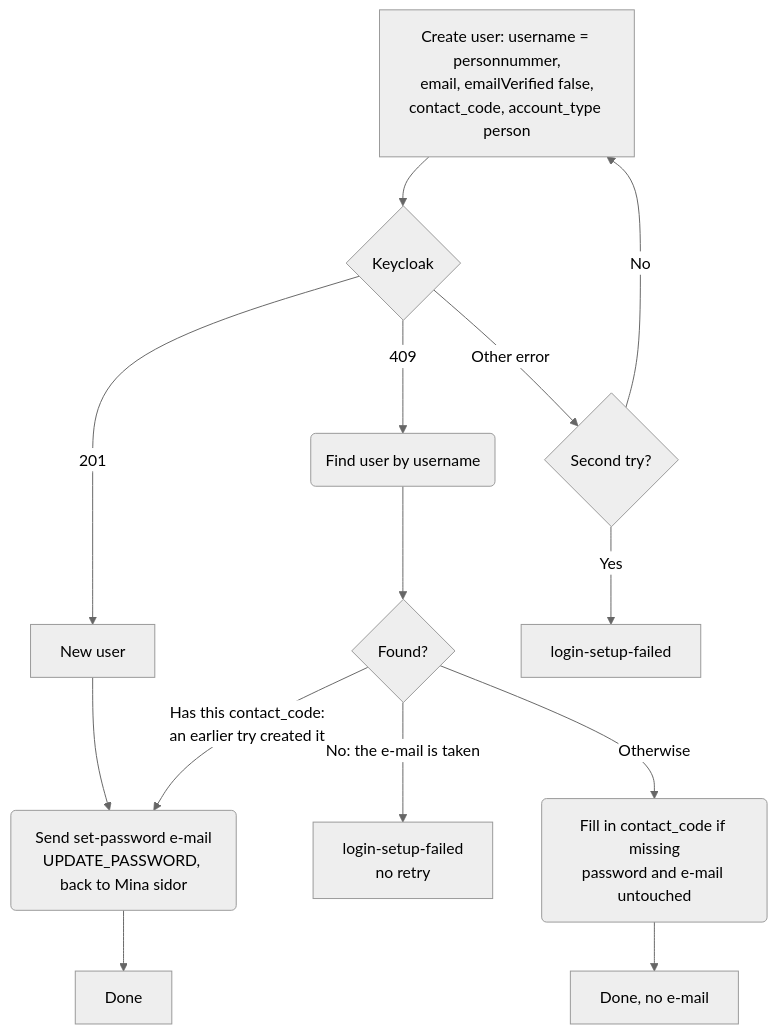
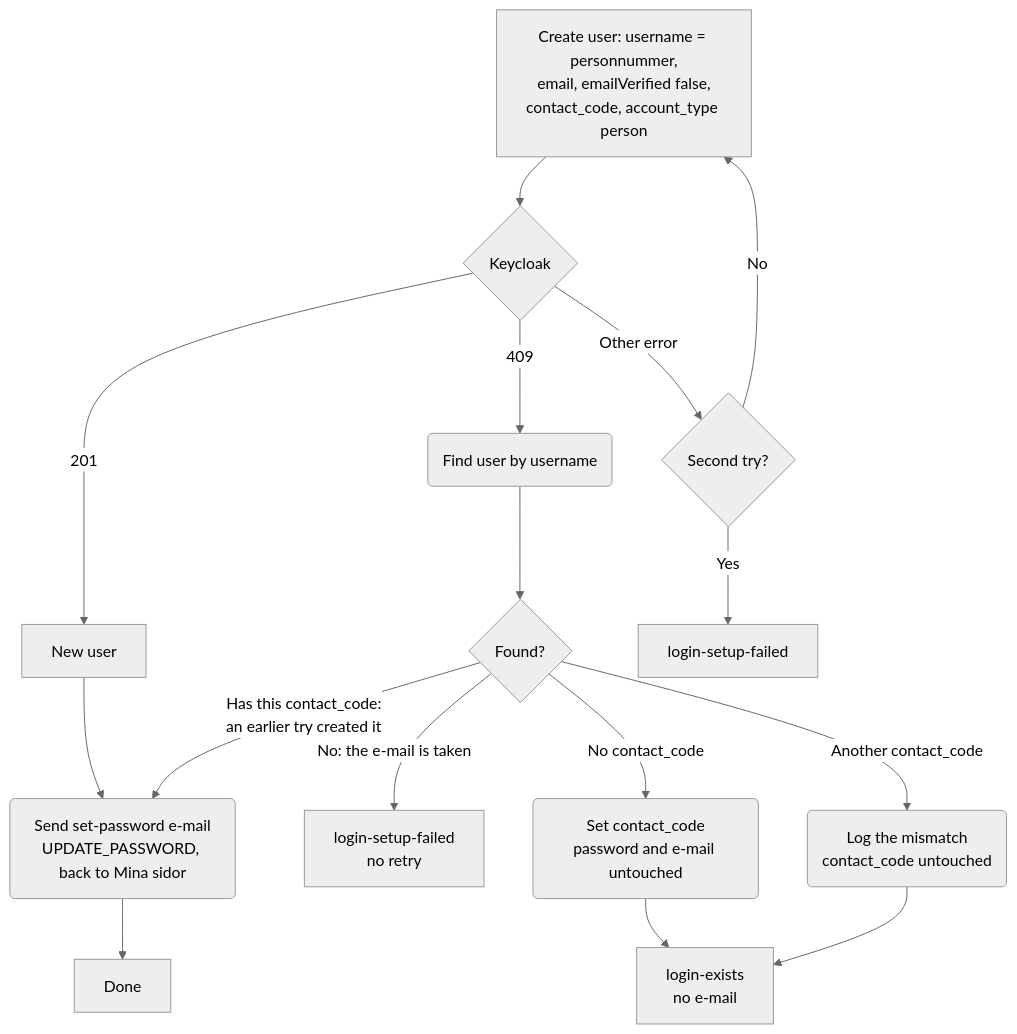
Before and after one commit to Bostads-AB-Mimer/onecore: the second of 2 diagrams in core/src/processes/contacts/DOCS_Register_Applicant.md, drawn with Mermaid (neutral theme). The commit also changed other lines of this file and 13 other files, not shown here.

````diff
--- a/core/src/processes/contacts/DOCS_Register_Applicant.md
+++ b/core/src/processes/contacts/DOCS_Register_Applicant.md
@@ -59,15 +63,17 @@
 ```mermaid
 flowchart TD
 A[Create user: username = personnummer,<br/>email, emailVerified false,<br/>contact_code, account_type person] --> Ao{Keycloak}
 Ao --> |201| N[New user] --> M(Send set-password e-mail<br/>UPDATE_PASSWORD, back to Mina sidor)
 Ao --> |409| U(Find user by username)
 U --> Uo{Found?}
 Uo --> |No: the e-mail is taken| X[login-setup-failed<br/>no retry]
 Uo --> |Has this contact_code:<br/>an earlier try created it| M
-Uo --> |Otherwise| Fl(Fill in contact_code if missing<br/>password and e-mail untouched)
-Fl --> D[Done, no e-mail]
+Uo --> |No contact_code| Fl(Set contact_code<br/>password and e-mail untouched)
+Uo --> |Another contact_code| Lg(Log the mismatch<br/>contact_code untouched)
+Fl --> D[login-exists<br/>no e-mail]
+Lg --> D
 M --> D2[Done]
 Ao --> |Other error| T{Second try?}
 T --> |No| A
 T --> |Yes| X2[login-setup-failed]
 ```
````
